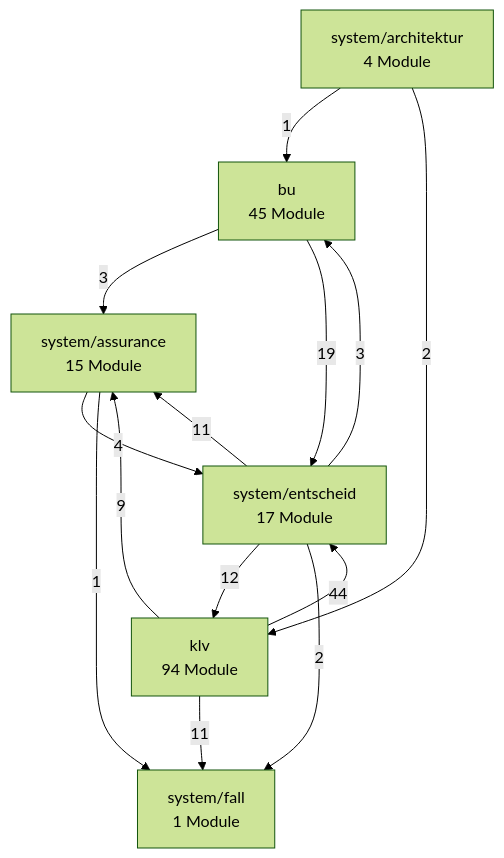
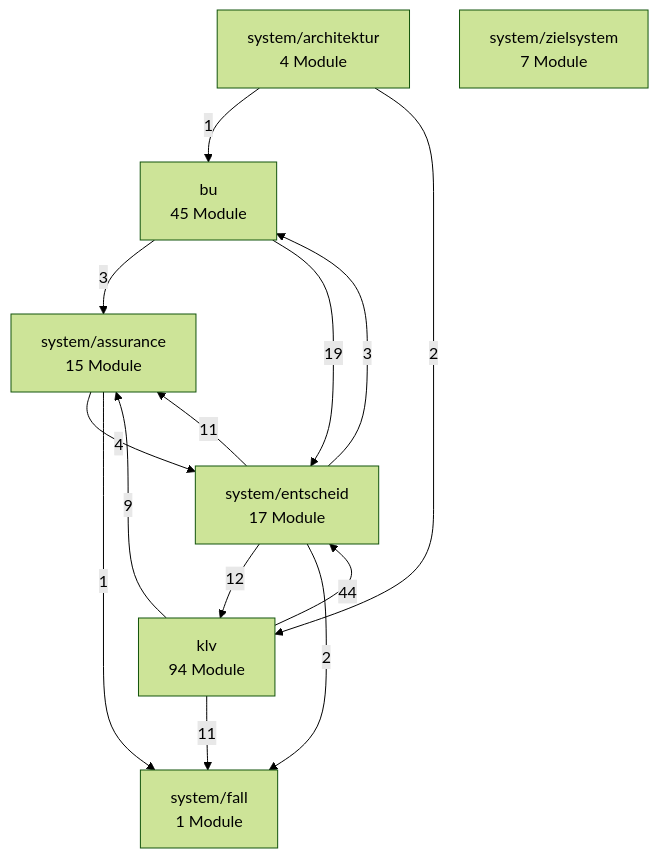
One commit to bartlmac/rechner-pipeline changed the second of 3 diagrams in docs/architektur/landkarte.md. Above: the diagram before and after it, drawn with Mermaid (forest theme). The commit also changed other lines of this file and 17 other files, not shown here.

````diff
--- a/docs/architektur/landkarte.md
+++ b/docs/architektur/landkarte.md
@@ -80,23 +83,24 @@
 ```mermaid
 %% Fachknoten — erzeugt von ontologie.landkarte
 flowchart TD
     bu["bu<br/>45 Module"]
     klv["klv<br/>94 Module"]
     system_architektur["system/architektur<br/>4 Module"]
     system_assurance["system/assurance<br/>15 Module"]
     system_entscheid["system/entscheid<br/>17 Module"]
     system_fall["system/fall<br/>1 Module"]
+    system_zielsystem["system/zielsystem<br/>7 Module"]
     bu -- 3 --> system_assurance
     bu -- 19 --> system_entscheid
     klv -- 9 --> system_assurance
     klv -- 44 --> system_entscheid
     klv -- 11 --> system_fall
     system_architektur -- 1 --> bu
     system_architektur -- 2 --> klv
     system_assurance -- 4 --> system_entscheid
     system_assurance -- 1 --> system_fall
     system_entscheid -- 3 --> bu
     system_entscheid -- 12 --> klv
     system_entscheid -- 11 --> system_assurance
     system_entscheid -- 2 --> system_fall
 ```
````
